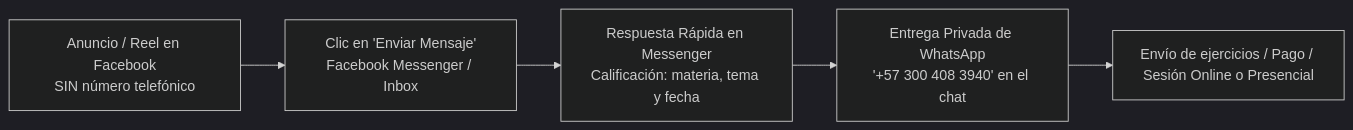
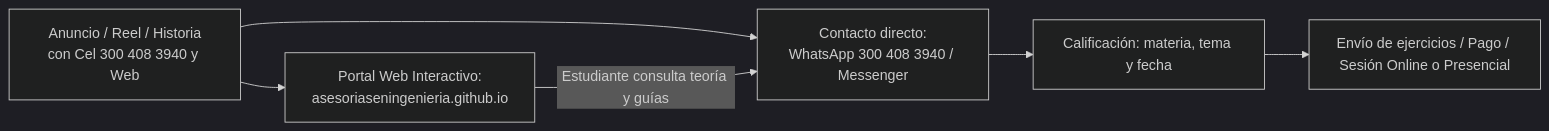
One commit to oscarfernandovalencia/publicidad-asesorias changed the diagram in estrategia_y_guiones/PLAN_CAMPANA_FACEBOOK_ASESORIAS.md. Above: the diagram before and after it, drawn with Mermaid (dark theme). The commit also changed other lines of this file and 39 other files, not shown here.

Commit message:
feat: upgrade recursos_visuales ads and add 300 408 3940 and asesoriaseningenieria.github.io across campaign

````diff
--- a/estrategia_y_guiones/PLAN_CAMPANA_FACEBOOK_ASESORIAS.md
+++ b/estrategia_y_guiones/PLAN_CAMPANA_FACEBOOK_ASESORIAS.md
@@ -13,7 +14,8 @@
 ```mermaid
 flowchart LR
-    A[Anuncio / Reel en Facebook<br>SIN número telefónico] --> B[Clic en 'Enviar Mensaje'<br>Facebook Messenger / Inbox]
-    B --> C[Respuesta Rápida en Messenger<br>Calificación: materia, tema y fecha]
-    C --> D[Entrega Privada de WhatsApp<br>'+57 300 408 3940' en el chat]
-    D --> E[Envío de ejercicios / Pago / Sesión Online o Presencial]
+    A["Anuncio / Reel / Historia<br>con Cel 300 408 3940 y Web"] --> B["Contacto directo:<br>WhatsApp 300 408 3940 / Messenger"]
+    A --> W["Portal Web Interactivo:<br>asesoriaseningenieria.github.io"]
+    W -->|"Estudiante consulta teoría y guías"| B
+    B --> C["Calificación: materia, tema y fecha"]
+    C --> D["Envío de ejercicios / Pago / Sesión Online o Presencial"]
 ```
````
